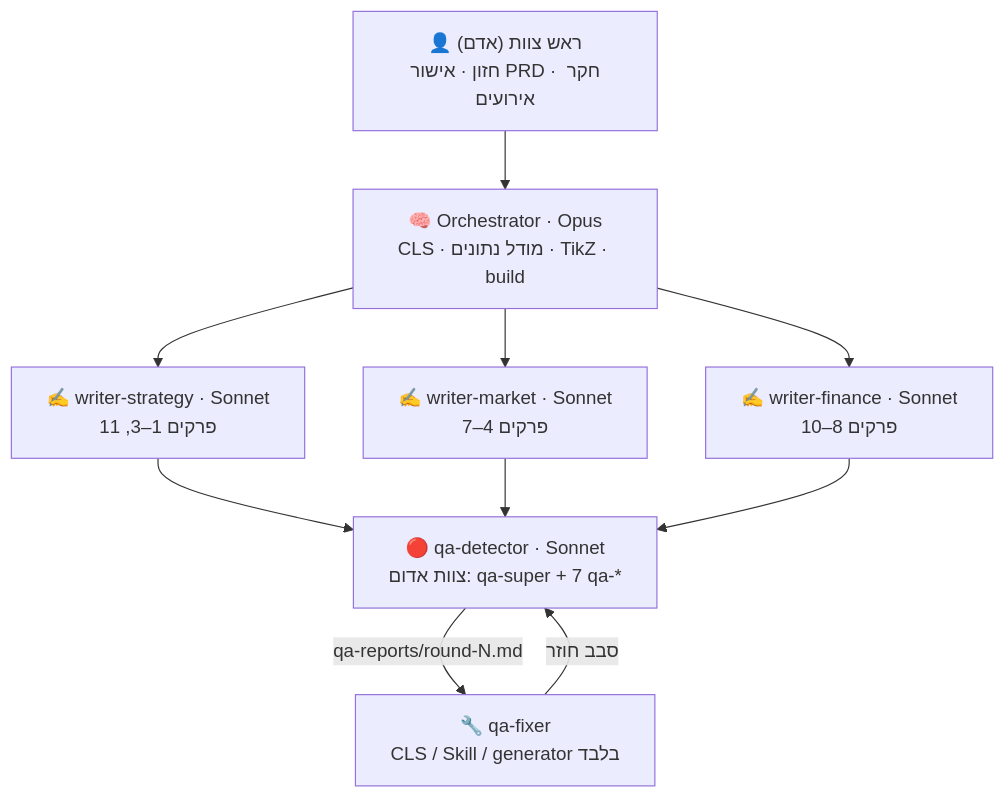
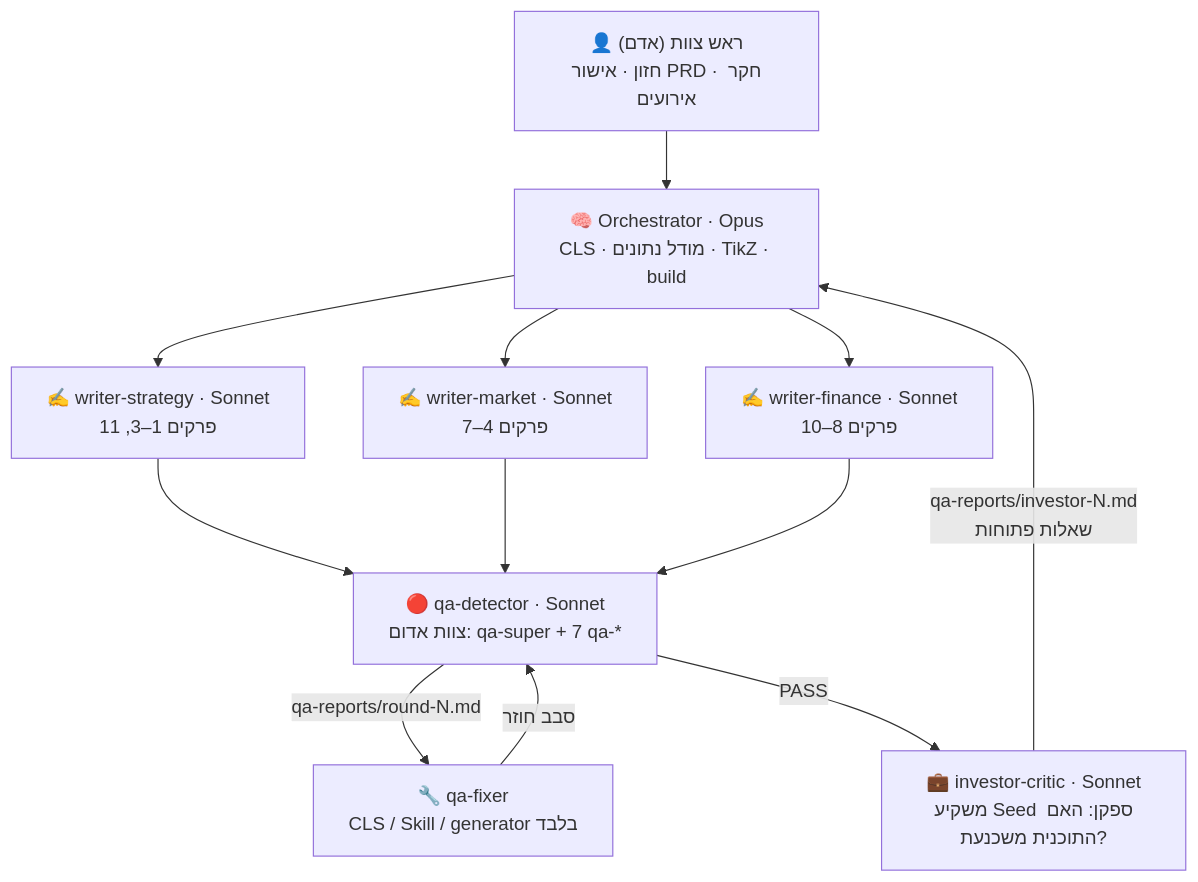
The diagram in README.md (tommaster8/roofroot-latex-ex02), drawn with Mermaid before and after one commit. The commit also changed other lines of this file and 5 other files, not shown here.

First line of the commit message:
Add investor-critic agent: skeptical Seed VC review

````diff
--- a/README.md
+++ b/README.md
@@ -56,10 +56,12 @@
 ```mermaid
 flowchart TB
     H["👤 ראש צוות (אדם)<br/>חזון · אישור PRD · חקר אירועים"] --> O["🧠 Orchestrator · Opus<br/>CLS · מודל נתונים · TikZ · build"]
     O --> W1["✍️ writer-strategy · Sonnet<br/>פרקים 1–3, 11"]
     O --> W2["✍️ writer-market · Sonnet<br/>פרקים 4–7"]
     O --> W3["✍️ writer-finance · Sonnet<br/>פרקים 8–10"]
     W1 & W2 & W3 --> D["🔴 qa-detector · Sonnet<br/>צוות אדום: qa-super + 7 qa-*"]
     D -- "qa-reports/round-N.md" --> F["🔧 qa-fixer<br/>CLS / Skill / generator בלבד"]
     F -- "סבב חוזר" --> D
+    D -- "PASS" --> I["💼 investor-critic · Sonnet<br/>משקיע Seed ספקן: האם התוכנית משכנעת?"]
+    I -- "qa-reports/investor-N.md<br/>שאלות פתוחות" --> O
 ```
````
